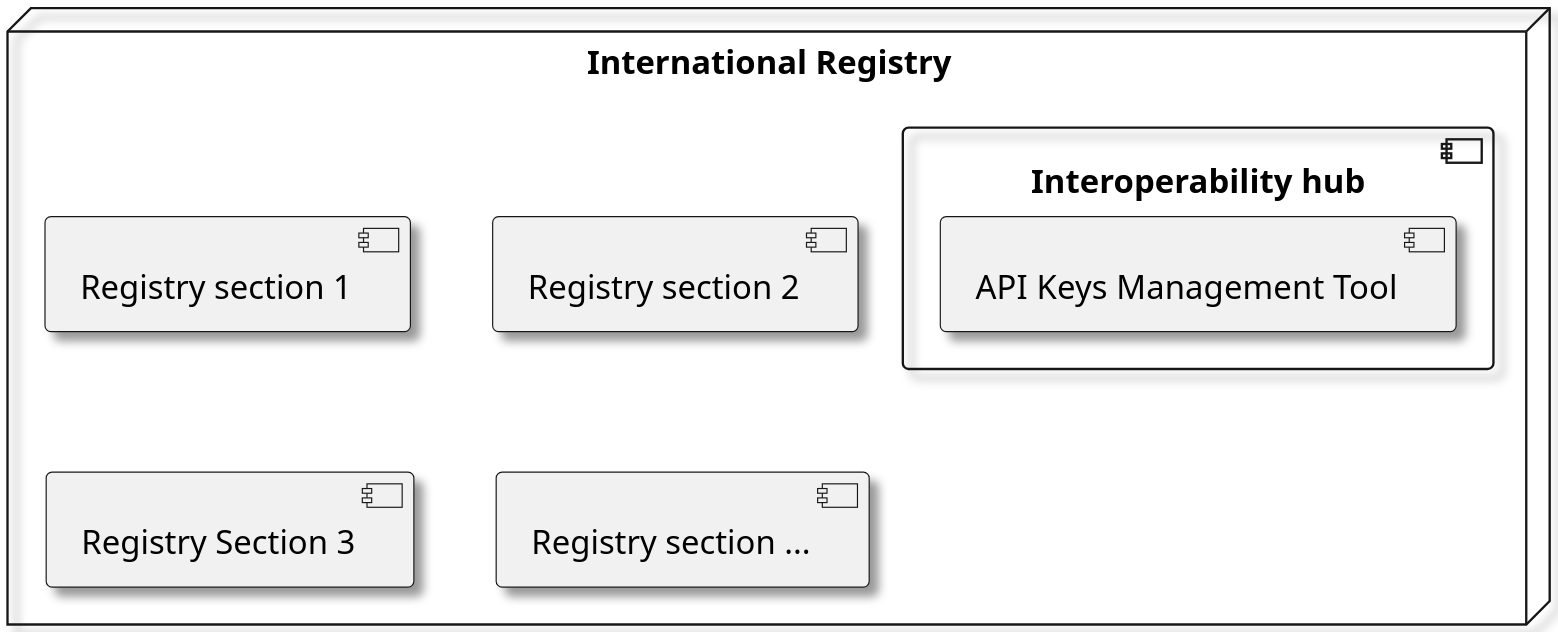
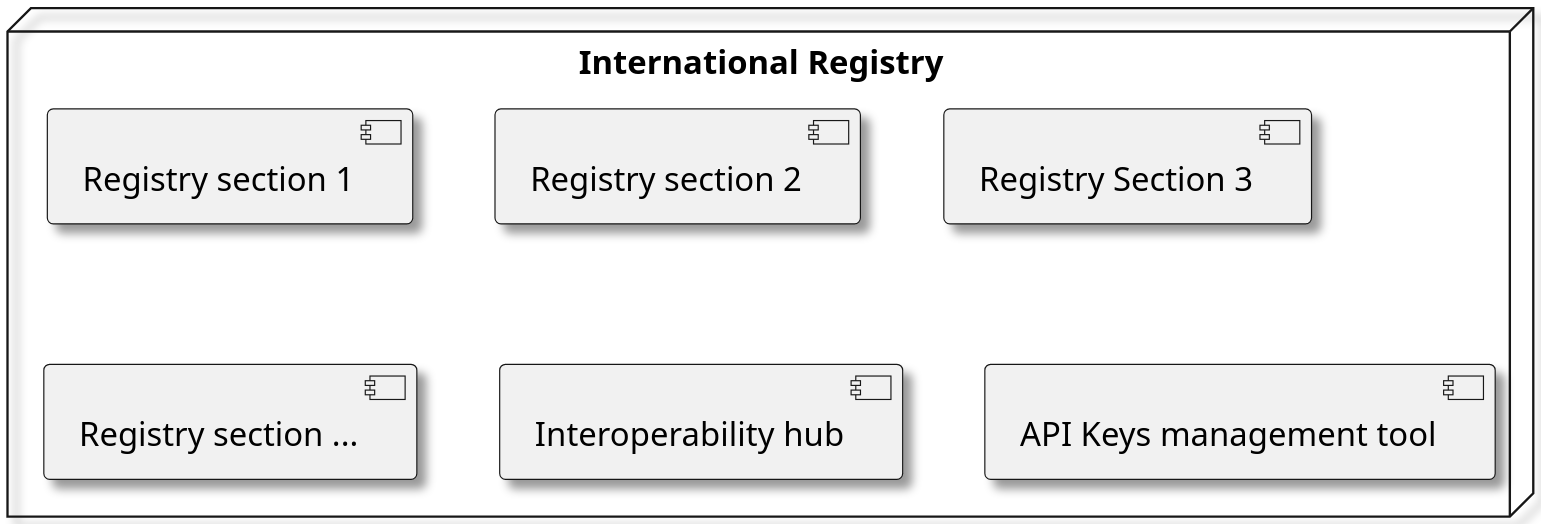
Before and after one commit to frankcnng/CARP: the diagram in diagrams/securitycomponents.puml, drawn with PlantUML.

Commit message:
Update securitycomponents.puml
move API Keys management tool out of interoperability hub to directly under international registry

```diff
--- a/diagrams/securitycomponents.puml
+++ b/diagrams/securitycomponents.puml
@@ -1,20 +1,20 @@
 @startuml security components
 
 skinparam dpi 300
 skinparam monochrome true
 skinparam shadowing true
 skinparam defaultTextAlignment center
 
 node "International Registry" {
 component "Registry section 1" as rs2
 component "Registry section 2" as rs1
 component "Registry Section 3" as rs3
 component "Registry section ..." as rsn
 
-component "Interoperability hub" as h {
-    component "API Keys Management Tool" as ak
-}
+component "Interoperability hub" as h
+
+component "API Keys management tool" as ak
 
 }
 
 @enduml
```
